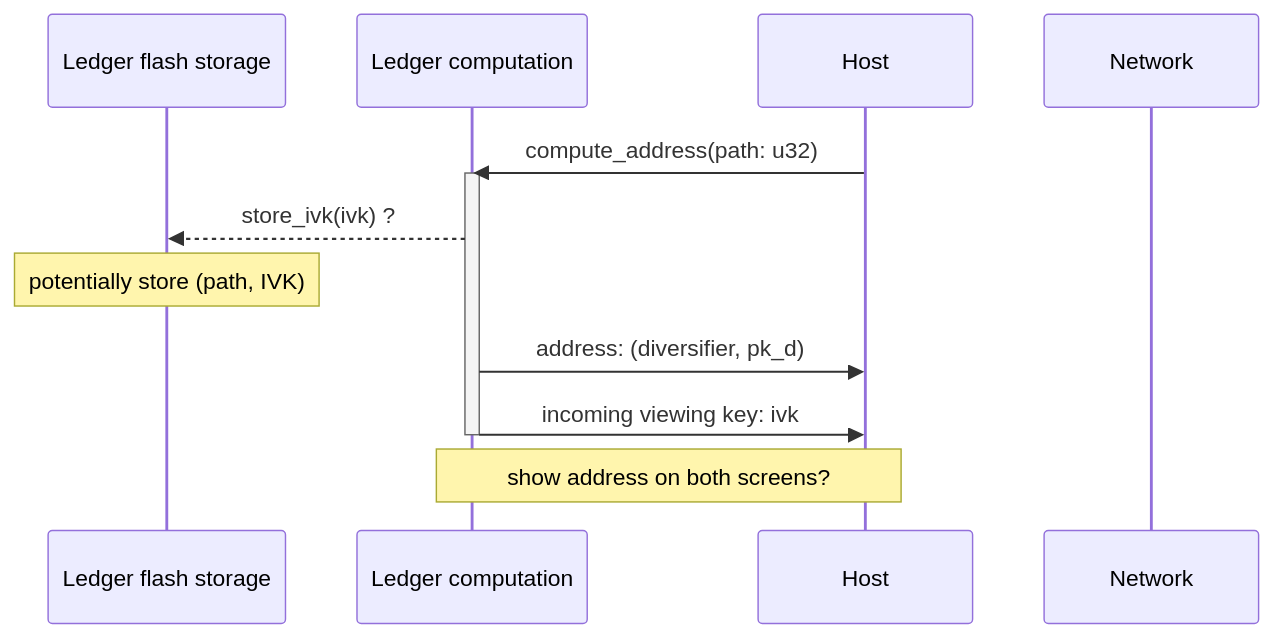
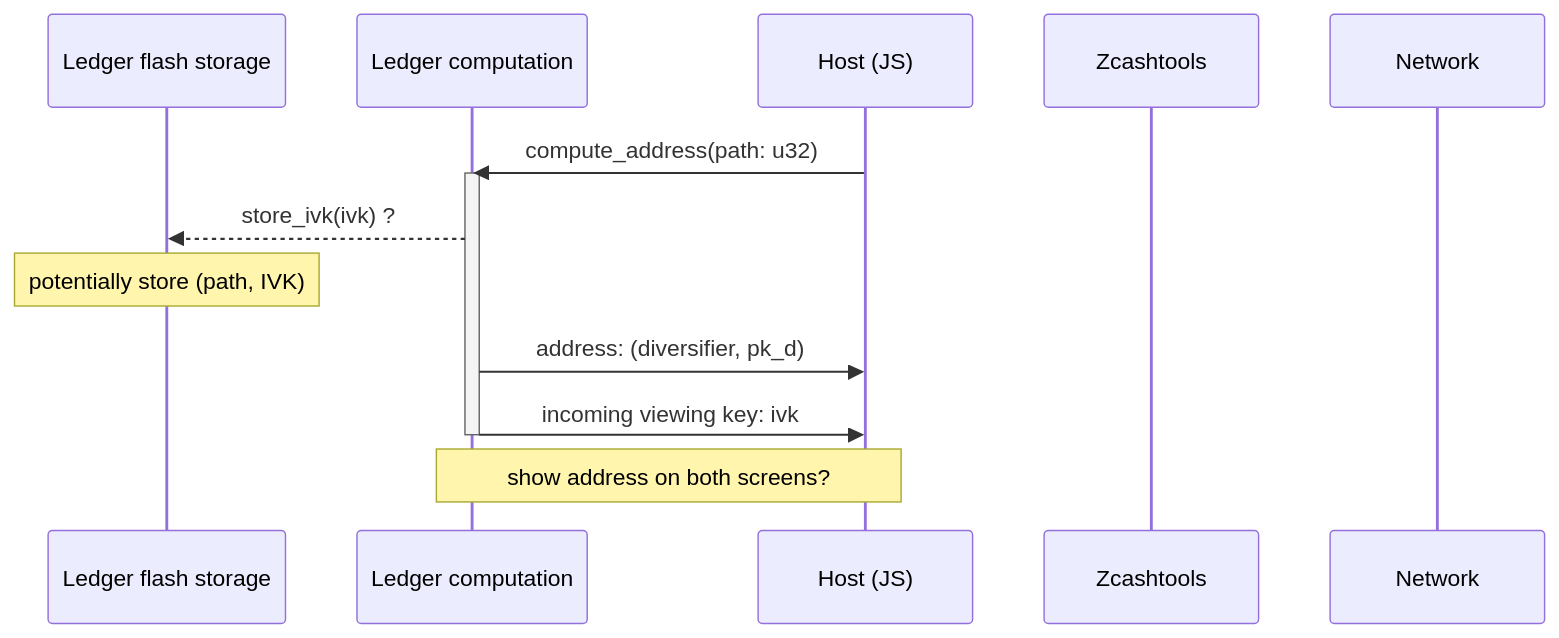
Before and after one commit to Zondax/ledger-zcash: the first of 6 diagrams in docs/zcash_workflow.md, drawn with Mermaid. The commit also changed other lines of this file and 7 other files, not shown here.

````diff
--- a/docs/zcash_workflow.md
+++ b/docs/zcash_workflow.md
@@ -6,15 +6,16 @@
 ```mermaid
   sequenceDiagram
   participant LF as Ledger flash storage
   participant LC as Ledger computation 
-  participant H as Host
+  participant H as Host (JS)
+  participant Z as Zcashtools
   participant N as Network
   H ->> LC: compute_address(path: u32)
   activate LC
   LC -->> LF: store_ivk(ivk) ?
   Note over LF: potentially store (path, IVK)
   LC ->> H: address: (diversifier, pk_d)
   LC ->> H: incoming viewing key: ivk
   deactivate LC
   Note over H,LC: show address on both screens?
 ```
````
